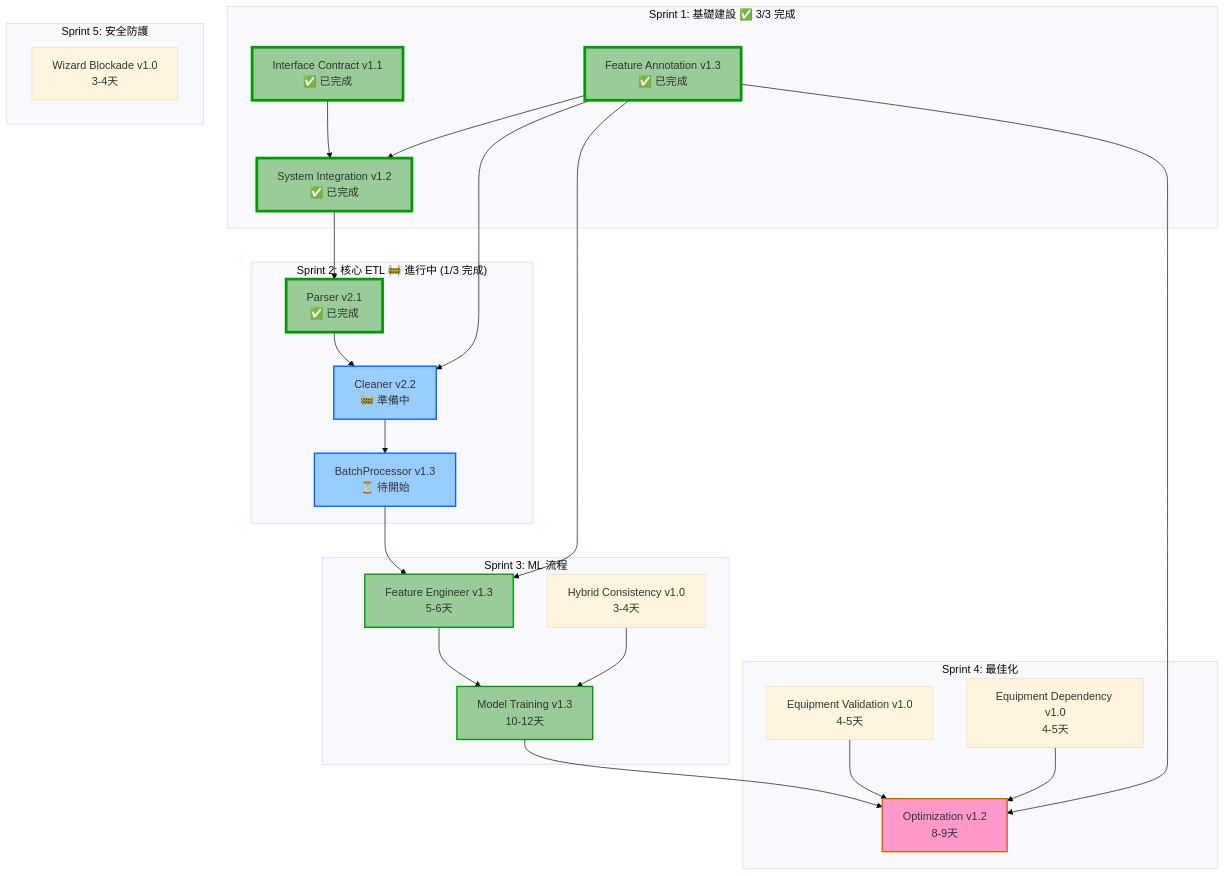
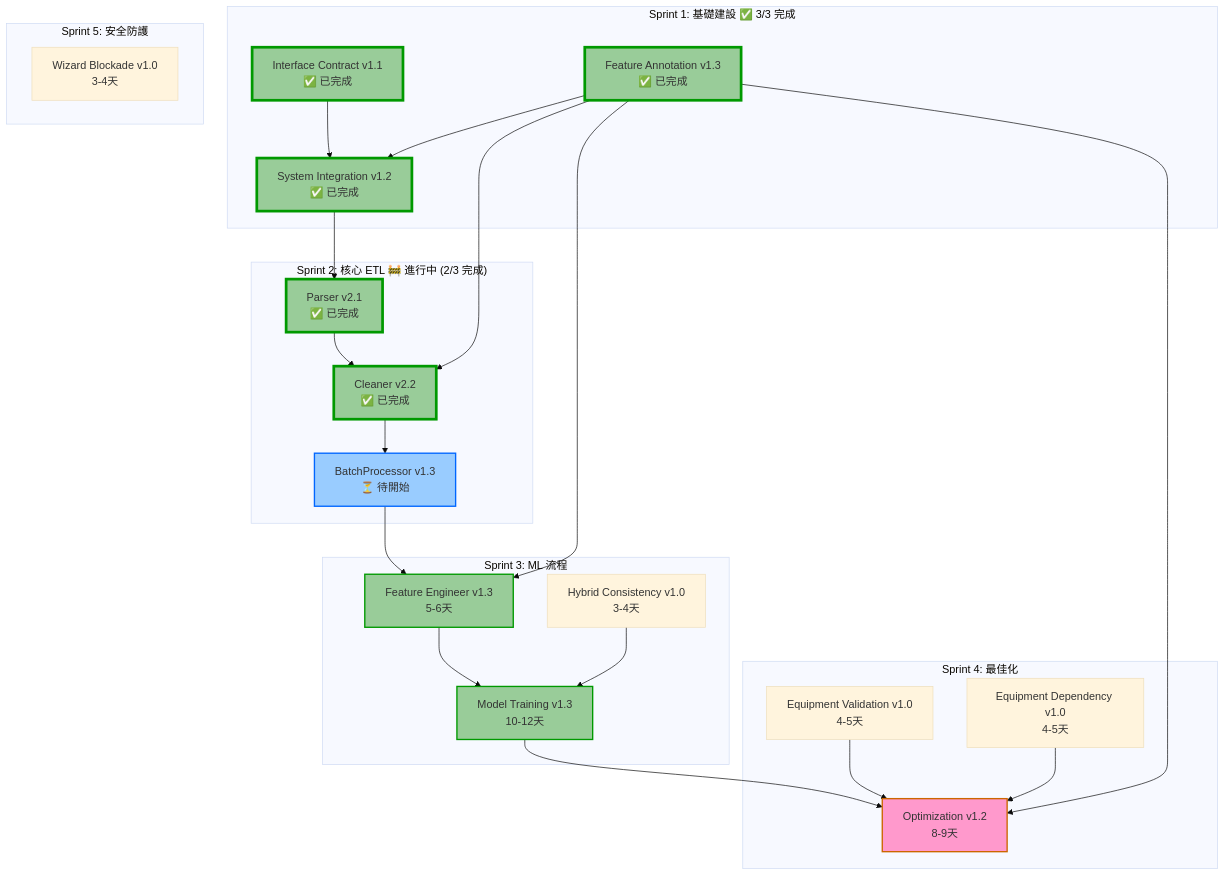
Before and after one commit to oscar120601/HVAC_Analytics: the diagram in docs/專案任務排程/專案任務排程文件.md, drawn with Mermaid (base theme). The commit also changed other lines of this file and 5 other files, not shown here.

````diff
--- a/docs/專案任務排程/專案任務排程文件.md
+++ b/docs/專案任務排程/專案任務排程文件.md
@@ -37,42 +37,42 @@
 ```mermaid
 graph TD
     subgraph "Sprint 1: 基礎建設 ✅ 3/3 完成"
         IC[Interface Contract v1.1<br/>✅ 已完成] --> SI[System Integration v1.2<br/>✅ 已完成]
         FA[Feature Annotation v1.3<br/>✅ 已完成] --> SI
     end
     
-    subgraph "Sprint 2: 核心 ETL 🚧 進行中 (1/3 完成)"
+    subgraph "Sprint 2: 核心 ETL 🚧 進行中 (2/3 完成)"
         SI --> Parser[Parser v2.1<br/>✅ 已完成]
-        FA --> Cleaner[Cleaner v2.2<br/>🚧 準備中]
+        FA --> Cleaner[Cleaner v2.2<br/>✅ 已完成]
         Parser --> Cleaner
         Cleaner --> BP[BatchProcessor v1.3<br/>⏳ 待開始]
     end
     
     subgraph "Sprint 3: ML 流程"
         BP --> FE[Feature Engineer v1.3<br/>5-6天]
         FA --> FE
         FE --> MT[Model Training v1.3<br/>10-12天]
         HC[Hybrid Consistency v1.0<br/>3-4天] --> MT
     end
     
     subgraph "Sprint 4: 最佳化"
         MT --> OPT[Optimization v1.2<br/>8-9天]
         FA --> OPT
         EV[Equipment Validation v1.0<br/>4-5天] --> OPT
         ED[Equipment Dependency v1.0<br/>4-5天] --> OPT
     end
     
     subgraph "Sprint 5: 安全防護"
         WTB[Wizard Blockade v1.0<br/>3-4天]
     end
     
     style IC fill:#9c9,stroke:#090,stroke-width:4px
     style SI fill:#9c9,stroke:#090,stroke-width:4px
     style FA fill:#9c9,stroke:#090,stroke-width:4px
     style Parser fill:#9c9,stroke:#090,stroke-width:4px
-    style Cleaner fill:#9cf,stroke:#06f,stroke-width:2px
+    style Cleaner fill:#9c9,stroke:#090,stroke-width:4px
     style BP fill:#9cf,stroke:#06f,stroke-width:2px
     style FE fill:#9c9,stroke:#090,stroke-width:2px
     style MT fill:#9c9,stroke:#090,stroke-width:2px
     style OPT fill:#f9c,stroke:#c60,stroke-width:2px
 ```
````
